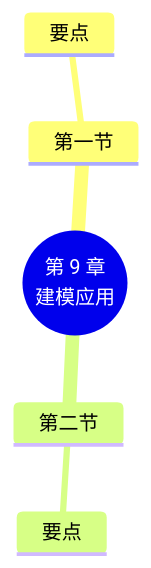
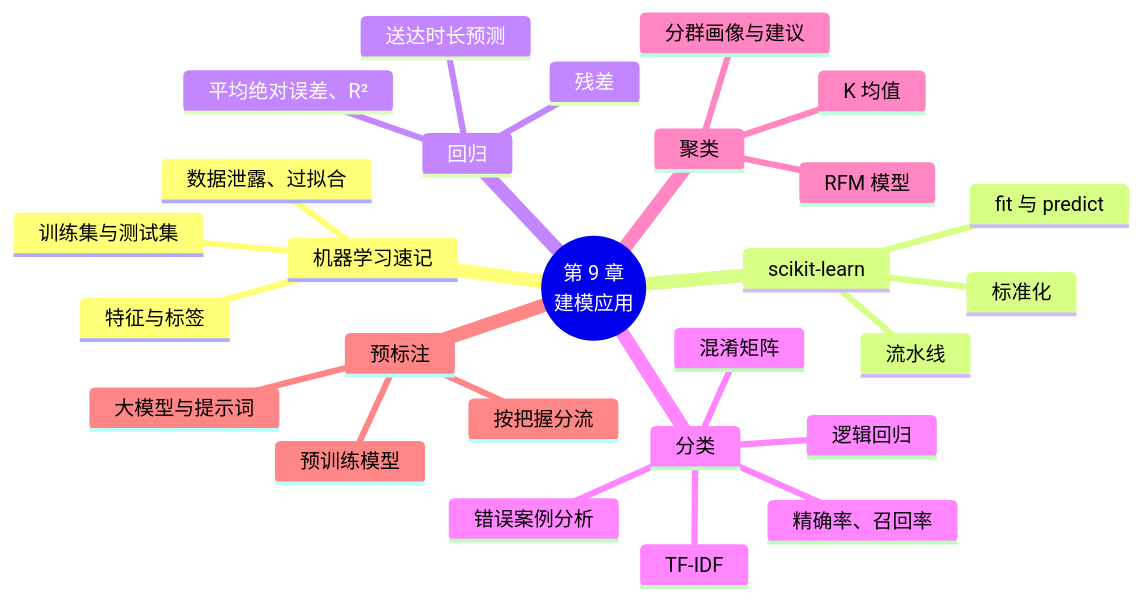
One commit to MingziFu9/ai-data-analysis changed the diagram in docs/chapters/09-modeling/index.md. Above: the diagram before and after it, drawn with Mermaid. The commit also changed other lines of this file and 17 other files, not shown here.

````diff
--- a/docs/chapters/09-modeling/index.md
+++ b/docs/chapters/09-modeling/index.md
@@ -188,8 +640,30 @@
 ```mermaid
 mindmap
   root((第 9 章<br/>建模应用))
-    第一节
-      要点
-    第二节
-      要点
+    机器学习速记
+      特征与标签
+      训练集与测试集
+      数据泄露、过拟合
+    scikit-learn
+      fit 与 predict
+      流水线
+      标准化
+    回归
+      送达时长预测
+      平均绝对误差、R²
+      残差
+    分类
+      TF-IDF
+      逻辑回归
+      混淆矩阵
+      精确率、召回率
+      错误案例分析
+    聚类
+      RFM 模型
+      K 均值
+      分群画像与建议
+    预标注
+      按把握分流
+      预训练模型
+      大模型与提示词
 ```
````
